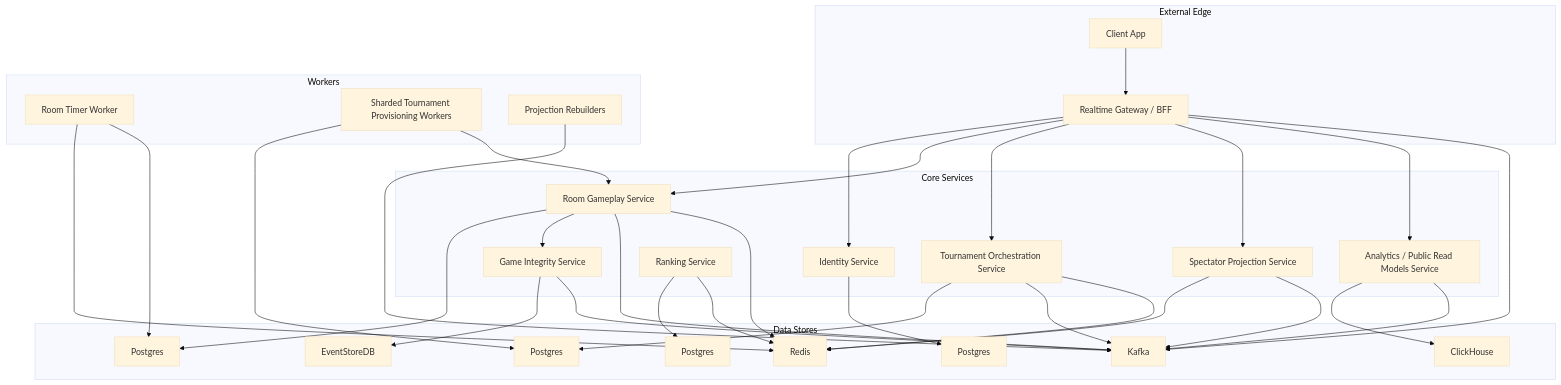
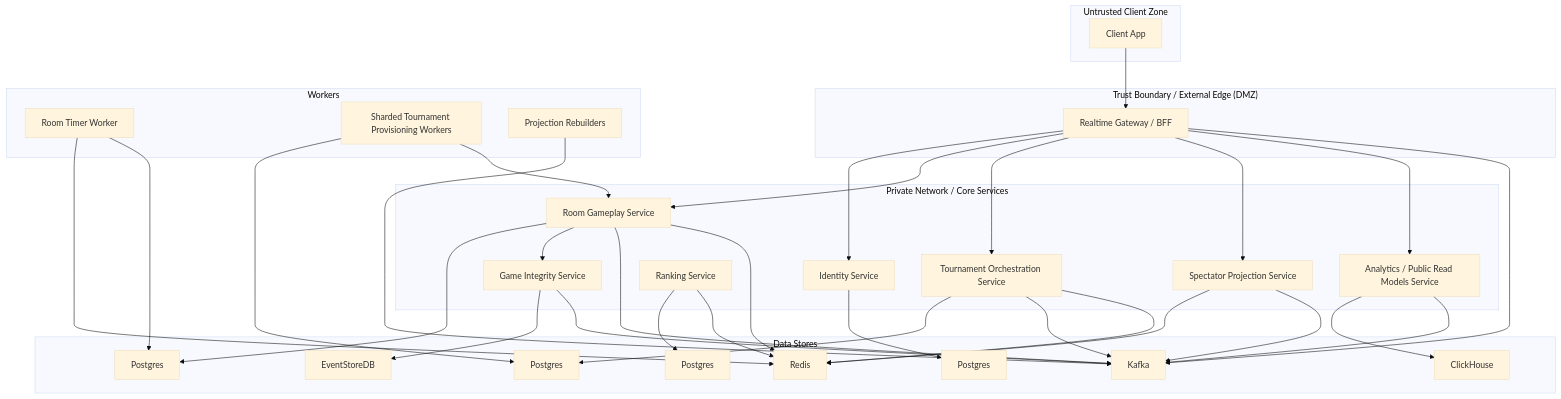
The second of 2 diagrams in docs/architecture/01-context-and-container-view.md (FSendot/uno-arena), drawn with Mermaid (base theme) before and after one commit. The commit also changed other lines of this file and 3 other files, not shown here.

````diff
--- a/docs/architecture/01-context-and-container-view.md
+++ b/docs/architecture/01-context-and-container-view.md
@@ -50,65 +50,68 @@
 ```mermaid
 flowchart TB
-    subgraph Edge["External Edge"]
+    subgraph Public["Untrusted Client Zone"]
         Client["Client App"]
+    end
+
+    subgraph Edge["Trust Boundary / External Edge (DMZ)"]
         BFF["Realtime Gateway / BFF"]
     end
 
-    subgraph Core["Core Services"]
+    subgraph Core["Private Network / Core Services"]
         IdentitySvc["Identity Service"]
         RoomSvc["Room Gameplay Service"]
         IntegritySvc["Game Integrity Service"]
         TourneySvc["Tournament Orchestration Service"]
         RankSvc["Ranking Service"]
         SpectatorSvc["Spectator Projection Service"]
         AnalyticsSvc["Analytics / Public Read Models Service"]
     end
 
     subgraph Workers["Workers"]
         TimerWorker["Room Timer Worker"]
         TournamentWorkers["Sharded Tournament Provisioning Workers"]
         ProjectionWorkers["Projection Rebuilders"]
     end
 
     subgraph Data["Data Stores"]
         IdentityDB["Postgres"]
         RoomDB["Postgres"]
         EventStore["EventStoreDB"]
         TourneyDB["Postgres"]
         RankDB["Postgres"]
         Redis["Redis"]
         ClickHouse["ClickHouse"]
         Kafka["Kafka"]
     end
 
     Client --> BFF
     BFF --> IdentitySvc
     BFF --> RoomSvc
     BFF --> TourneySvc
     BFF --> SpectatorSvc
     BFF --> AnalyticsSvc
 
     IdentitySvc --> IdentityDB
     RoomSvc --> RoomDB
     RoomSvc --> IntegritySvc
     RoomSvc --> Kafka
     RoomSvc --> Redis
     IntegritySvc --> EventStore
     IntegritySvc --> Kafka
     TourneySvc --> TourneyDB
     TourneySvc --> Kafka
     TourneySvc --> Redis
     RankSvc --> RankDB
     RankSvc --> Redis
     SpectatorSvc --> Redis
     SpectatorSvc --> Kafka
     AnalyticsSvc --> ClickHouse
     AnalyticsSvc --> Kafka
 
     BFF --> Kafka
     TimerWorker --> Redis
     TimerWorker --> RoomDB
     TournamentWorkers --> TourneyDB
     TournamentWorkers --> RoomSvc
     ProjectionWorkers --> Kafka
 ```
````
